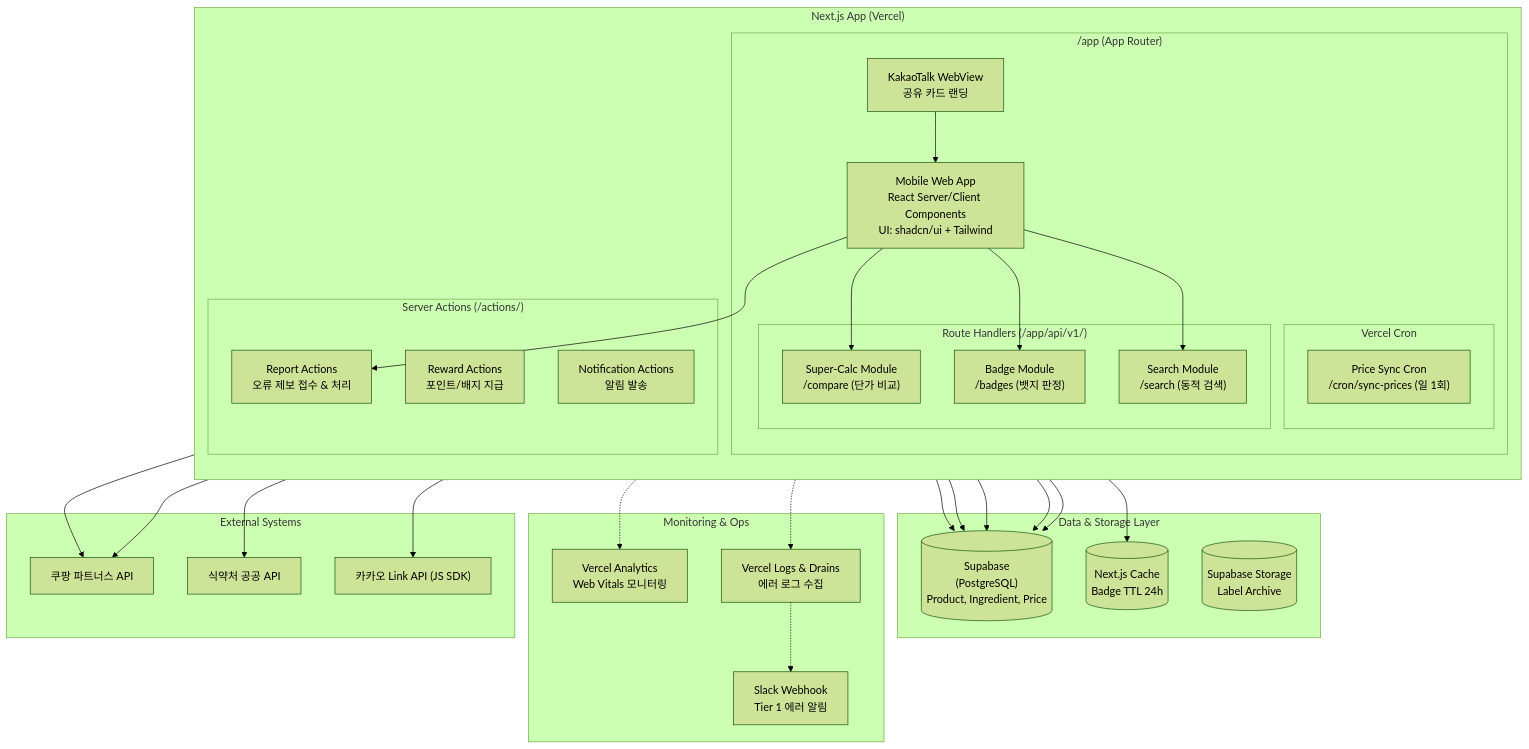
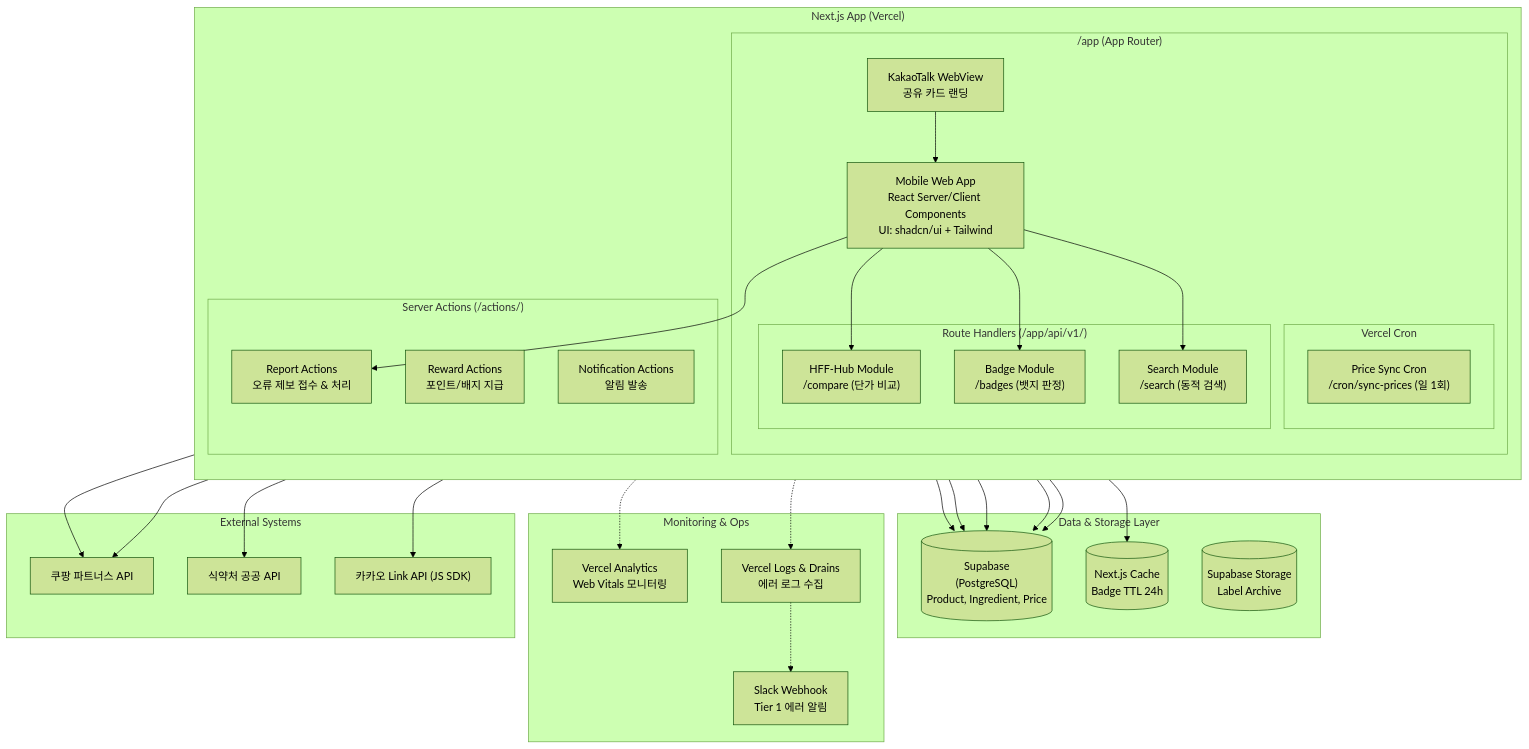
One commit to wild-mental/hff-hub-workbase changed the fifth of 11 diagrams in raw/05_SRS_v1.md. Above: the diagram before and after it, drawn with Mermaid (forest theme). The commit also changed other lines of this file and 54 other files, not shown here.

Commit message:
프로젝트명을 HFF-Hub (Health Functional Food Hub) 로 통일

````diff
--- a/raw/05_SRS_v1.md
+++ b/raw/05_SRS_v1.md
@@ -400,72 +400,72 @@
 ```mermaid
 flowchart TB
     subgraph NextJS ["Next.js App (Vercel)"]
         direction TB
         
         subgraph AppRouter ["/app (App Router)"]
             MW["Mobile Web App\nReact Server/Client Components\nUI: shadcn/ui + Tailwind"]
             KV["KakaoTalk WebView\n공유 카드 랜딩"]
             
             subgraph RouteHandlers ["Route Handlers (/app/api/v1/)"]
-                SC["Super-Calc Module\n/compare (단가 비교)"]
+                SC["HFF-Hub Module\n/compare (단가 비교)"]
                 BE["Badge Module\n/badges (뱃지 판정)"]
                 SS["Search Module\n/search (동적 검색)"]
             end
             
             subgraph Cron ["Vercel Cron"]
                 CS["Price Sync Cron\n/cron/sync-prices (일 1회)"]
             end
         end
 
         subgraph ServerActions ["Server Actions (/actions/)"]
             RS["Report Actions\n오류 제보 접수 & 처리"]
             RW["Reward Actions\n포인트/배지 지급"]
             NS["Notification Actions\n알림 발송"]
         end
         
         MW --> SC
         MW --> BE
         MW --> SS
         MW --> RS
         KV --> MW
     end
 
     subgraph DataCache ["Data & Storage Layer"]
         DB[("Supabase\n(PostgreSQL)\nProduct, Ingredient, Price")]
         Cache[("Next.js Cache\nBadge TTL 24h")]
         S3[("Supabase Storage\nLabel Archive")]
     end
 
     subgraph Monitoring ["Monitoring & Ops"]
         VA["Vercel Analytics\nWeb Vitals 모니터링"]
         VL["Vercel Logs & Drains\n에러 로그 수집"]
         SW["Slack Webhook\nTier 1 에러 알림"]
     end
 
     subgraph External ["External Systems"]
         Coupang["쿠팡 파트너스 API"]
         MFDS["식약처 공공 API"]
         Kakao["카카오 Link API (JS SDK)"]
     end
 
     %% Internal to Data
     SC --> DB
     BE --> DB
     RS --> DB
     SS --> DB
     CS --> DB
     BE --> Cache
     
     %% External Connections
     SC --> Coupang
     CS --> Coupang
     BE --> MFDS
     
     %% Client to External
     MW --> Kakao
 
     %% Monitoring
     NextJS -.-> VA
     NextJS -.-> VL
     VL -.-> SW
 ```
````
